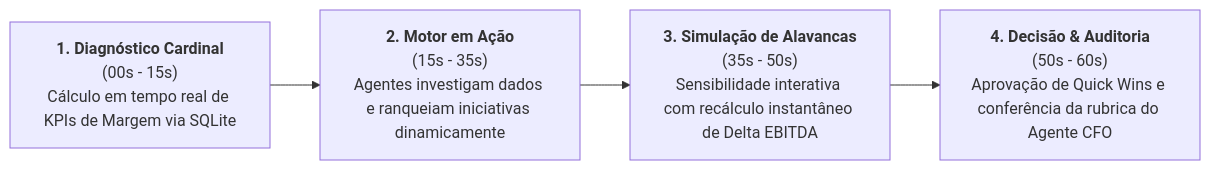
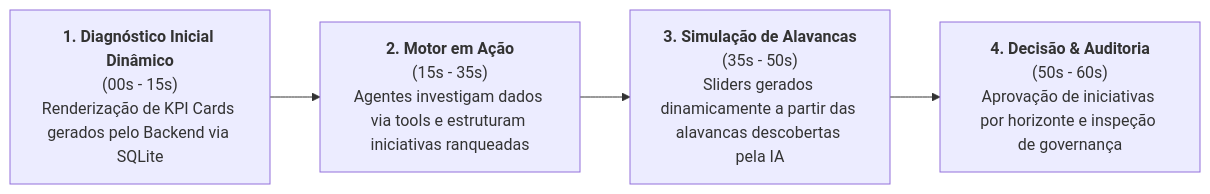
The first of 6 diagrams in docs/04_ideia.md (carlos-e-araujo/priorizador-de-margem), drawn with Mermaid before and after one commit. The commit also changed other lines of this file, not shown here.

Commit message:
Refine Módulo C documentation for clarity and accuracy, enhancing descriptions of data handling and system architecture

````diff
--- a/docs/04_ideia.md
+++ b/docs/04_ideia.md
@@ -38,6 +37,6 @@
 ```mermaid
 flowchart LR
-    S1["<b>1. Diagnóstico Cardinal</b><br/>(00s - 15s)<br/>Cálculo em tempo real de KPIs de Margem via SQLite"] --> S2["<b>2. Motor em Ação</b><br/>(15s - 35s)<br/>Agentes investigam dados e ranqueiam iniciativas dinamicamente"]
-    S2 --> S3["<b>3. Simulação de Alavancas</b><br/>(35s - 50s)<br/>Sensibilidade interativa com recálculo instantâneo de Delta EBITDA"]
-    S3 --> S4["<b>4. Decisão & Auditoria</b><br/>(50s - 60s)<br/>Aprovação de Quick Wins e conferência da rubrica do Agente CFO"]
+    S1["<b>1. Diagnóstico Inicial Dinâmico</b><br/>(00s - 15s)<br/>Renderização de KPI Cards gerados pelo Backend via SQLite"] --> S2["<b>2. Motor em Ação</b><br/>(15s - 35s)<br/>Agentes investigam dados via tools e estruturam iniciativas ranqueadas"]
+    S2 --> S3["<b>3. Simulação de Alavancas</b><br/>(35s - 50s)<br/>Sliders gerados dinamicamente a partir das alavancas descobertas pela IA"]
+    S3 --> S4["<b>4. Decisão & Auditoria</b><br/>(50s - 60s)<br/>Aprovação de iniciativas por horizonte e inspeção de governança"]
 ```
````
